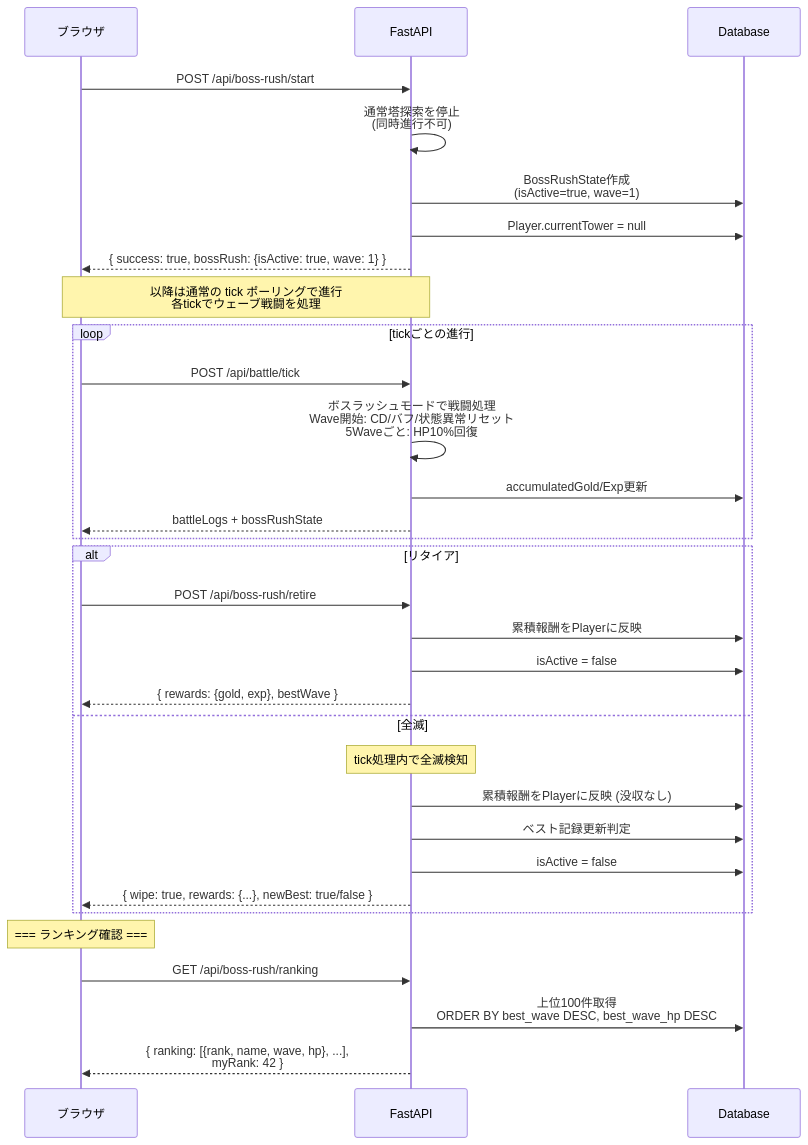
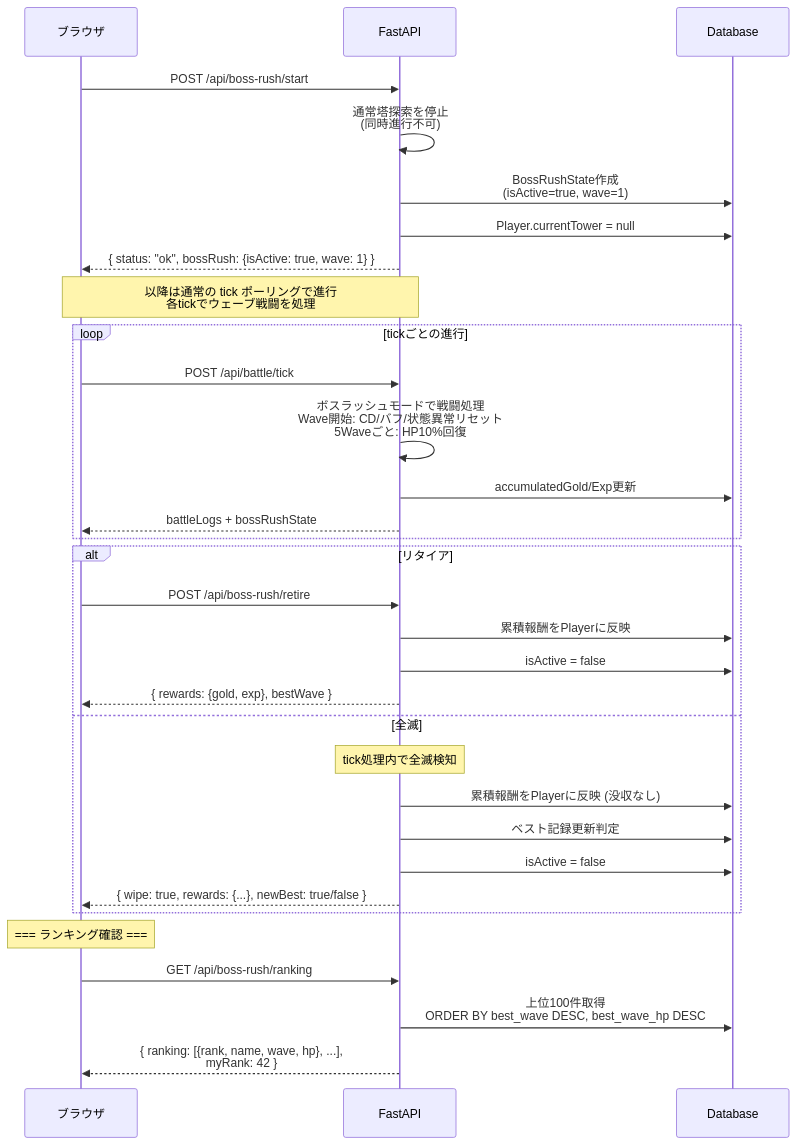
Diagram 11 of 14 in diagrams/api_sequence.md (dateeee/2026_AFKGAME), drawn with Mermaid before and after one commit. The commit also changed other lines of this file and 34 other files, not shown here.

First line of the commit message:
docs+fix: 工程定義に基づく要件〜詳細設計の見直し — 全仕様書・設計図レビューと指摘修正

````diff
--- a/diagrams/api_sequence.md
+++ b/diagrams/api_sequence.md
@@ -403,42 +439,42 @@
 ```mermaid
 %%{init: {'theme': 'default', 'sequence': {'actorFontSize': 18, 'messageFontSize': 16, 'noteFontSize': 14}} }%%
 sequenceDiagram
     participant B as ブラウザ
     participant API as FastAPI
     participant DB as Database
 
     B->>API: POST /api/boss-rush/start
 
     API->>API: 通常塔探索を停止<br/>(同時進行不可)
     API->>DB: BossRushState作成<br/>(isActive=true, wave=1)
     API->>DB: Player.currentTower = null
-    API-->>B: { success: true, bossRush: {isActive: true, wave: 1} }
+    API-->>B: { status: "ok", bossRush: {isActive: true, wave: 1} }
 
     Note over B,API: 以降は通常の tick ポーリングで進行<br/>各tickでウェーブ戦闘を処理
 
     loop tickごとの進行
         B->>API: POST /api/battle/tick
         API->>API: ボスラッシュモードで戦闘処理<br/>Wave開始: CD/バフ/状態異常リセット<br/>5Waveごと: HP10%回復
         API->>DB: accumulatedGold/Exp更新
         API-->>B: battleLogs + bossRushState
     end
 
     alt リタイア
         B->>API: POST /api/boss-rush/retire
         API->>DB: 累積報酬をPlayerに反映
         API->>DB: isActive = false
         API-->>B: { rewards: {gold, exp}, bestWave }
     else 全滅
         Note over API: tick処理内で全滅検知
         API->>DB: 累積報酬をPlayerに反映 (没収なし)
         API->>DB: ベスト記録更新判定
         API->>DB: isActive = false
         API-->>B: { wipe: true, rewards: {...}, newBest: true/false }
     end
 
     Note over B: === ランキング確認 ===
 
     B->>API: GET /api/boss-rush/ranking
     API->>DB: 上位100件取得<br/>ORDER BY best_wave DESC, best_wave_hp DESC
     API-->>B: { ranking: [{rank, name, wave, hp}, ...],<br/>  myRank: 42 }
 ```
````
